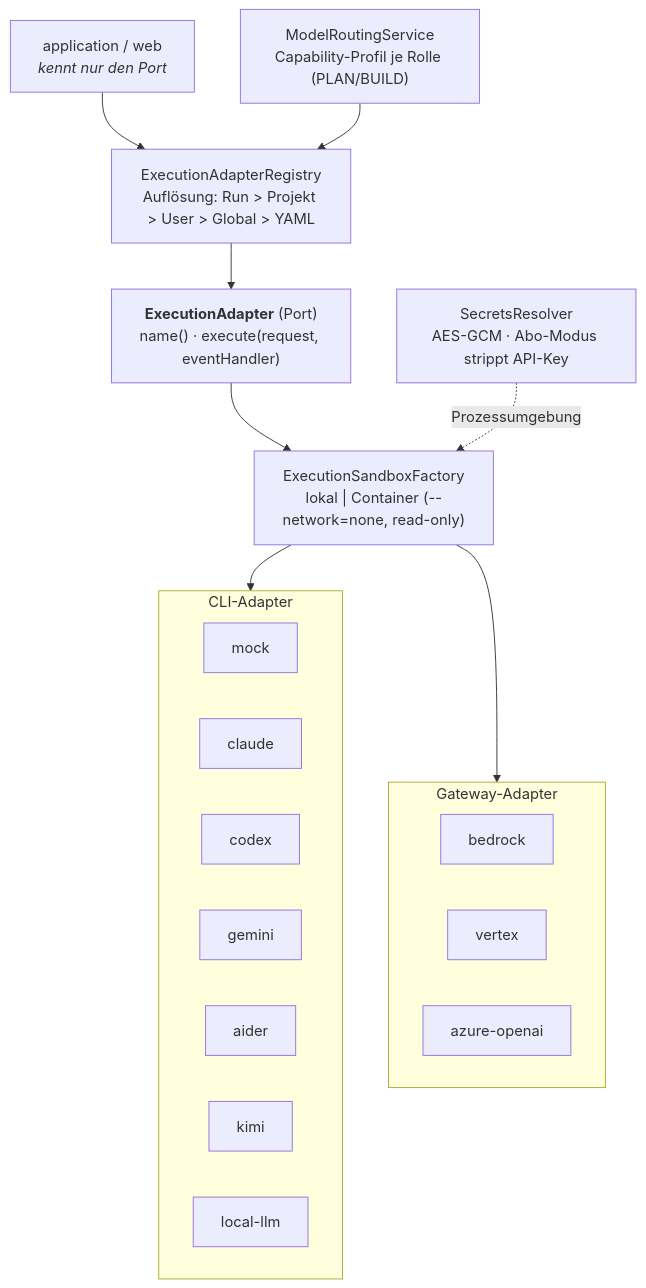
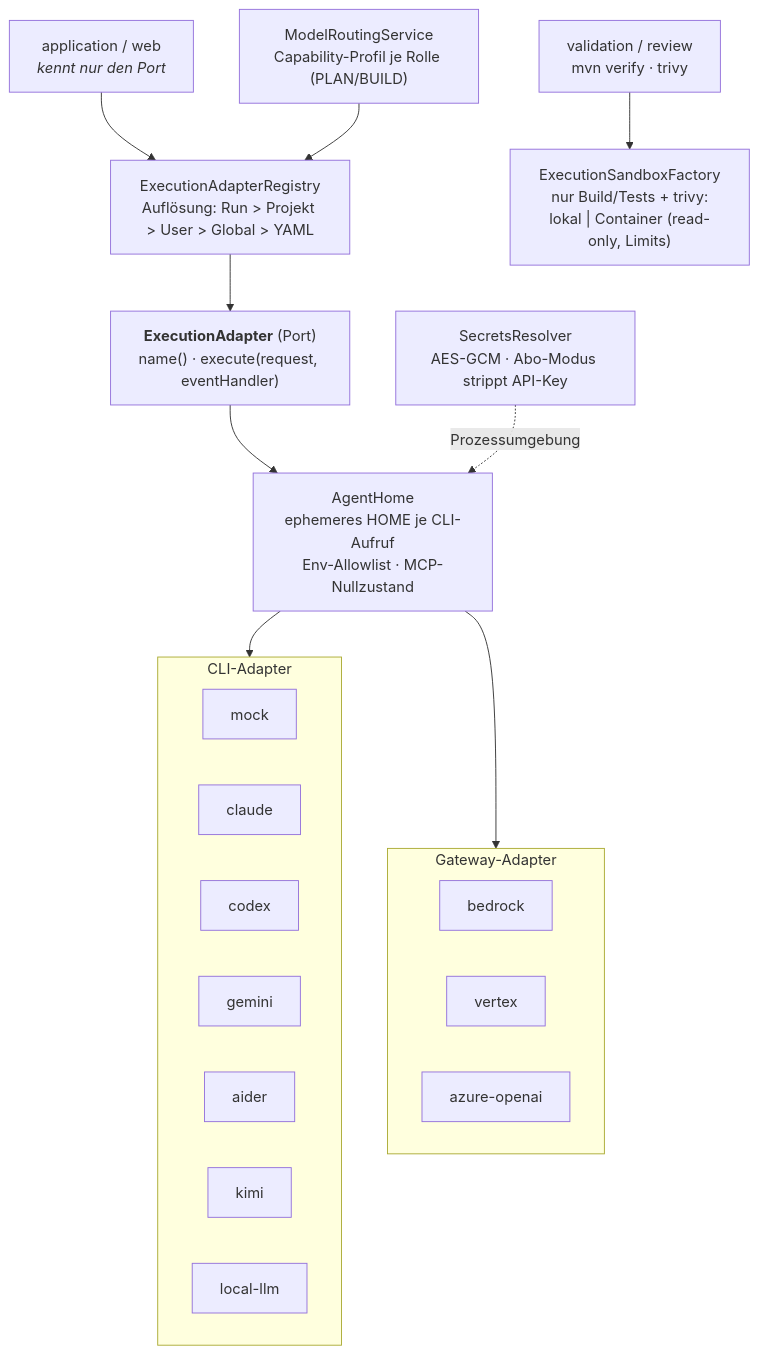
Before and after one commit to mjanda0815/agentic-publikation: the seventh of 10 diagrams in quellen/softwarefabrik/03-systemdiagramme.md, drawn with Mermaid. The commit also changed other lines of this file and 57 other files, not shown here.

````diff
--- a/quellen/softwarefabrik/03-systemdiagramme.md
+++ b/quellen/softwarefabrik/03-systemdiagramme.md
@@ -262,33 +296,35 @@
 ```mermaid
 flowchart TB
     APPL["application / web<br/><i>kennt nur den Port</i>"]
     PORT["<b>ExecutionAdapter</b> (Port)<br/>name() · execute(request, eventHandler)"]
     REG["ExecutionAdapterRegistry<br/>Auflösung: Run &gt; Projekt &gt; User &gt; Global &gt; YAML"]
     ROUT["ModelRoutingService<br/>Capability-Profil je Rolle (PLAN/BUILD)"]
-    SB["ExecutionSandboxFactory<br/>lokal | Container (--network=none, read-only)"]
+    AH["AgentHome<br/>ephemeres HOME je CLI-Aufruf<br/>Env-Allowlist · MCP-Nullzustand"]
+    SB["ExecutionSandboxFactory<br/>nur Build/Tests + trivy:<br/>lokal | Container (read-only, Limits)"]
 
     APPL --> REG --> PORT
     ROUT --> REG
-    PORT --> SB
+    PORT --> AH
 
     subgraph CLIA["CLI-Adapter"]
         M[mock]
         C[claude]
         X[codex]
         G[gemini]
         AI[aider]
         K[kimi]
         L[local-llm]
     end
     subgraph GWA["Gateway-Adapter"]
         BR[bedrock]
         VE[vertex]
         AZ[azure-openai]
     end
 
-    SB --> CLIA
-    SB --> GWA
+    AH --> CLIA
+    AH --> GWA
+    VAL["validation / review<br/>mvn verify · trivy"] --> SB
 
     SEC["SecretsResolver<br/>AES-GCM · Abo-Modus strippt API-Key"]
-    SEC -.Prozessumgebung.-> SB
+    SEC -.Prozessumgebung.-> AH
 ```
````
